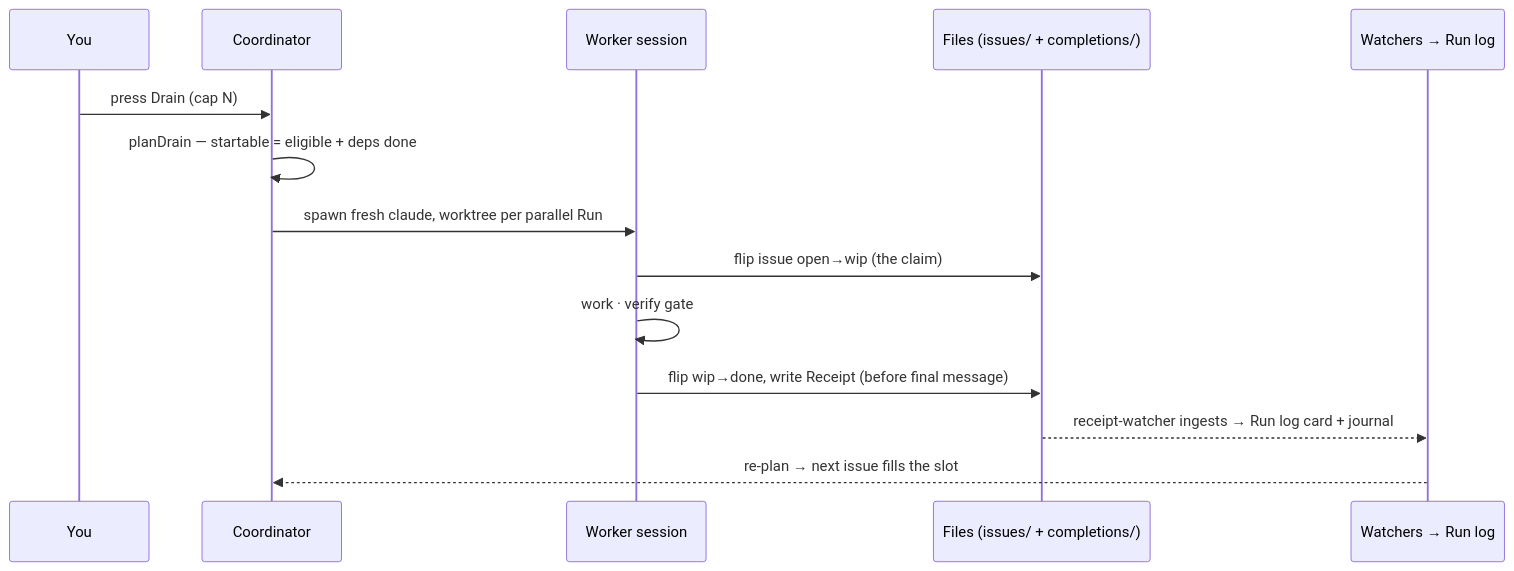
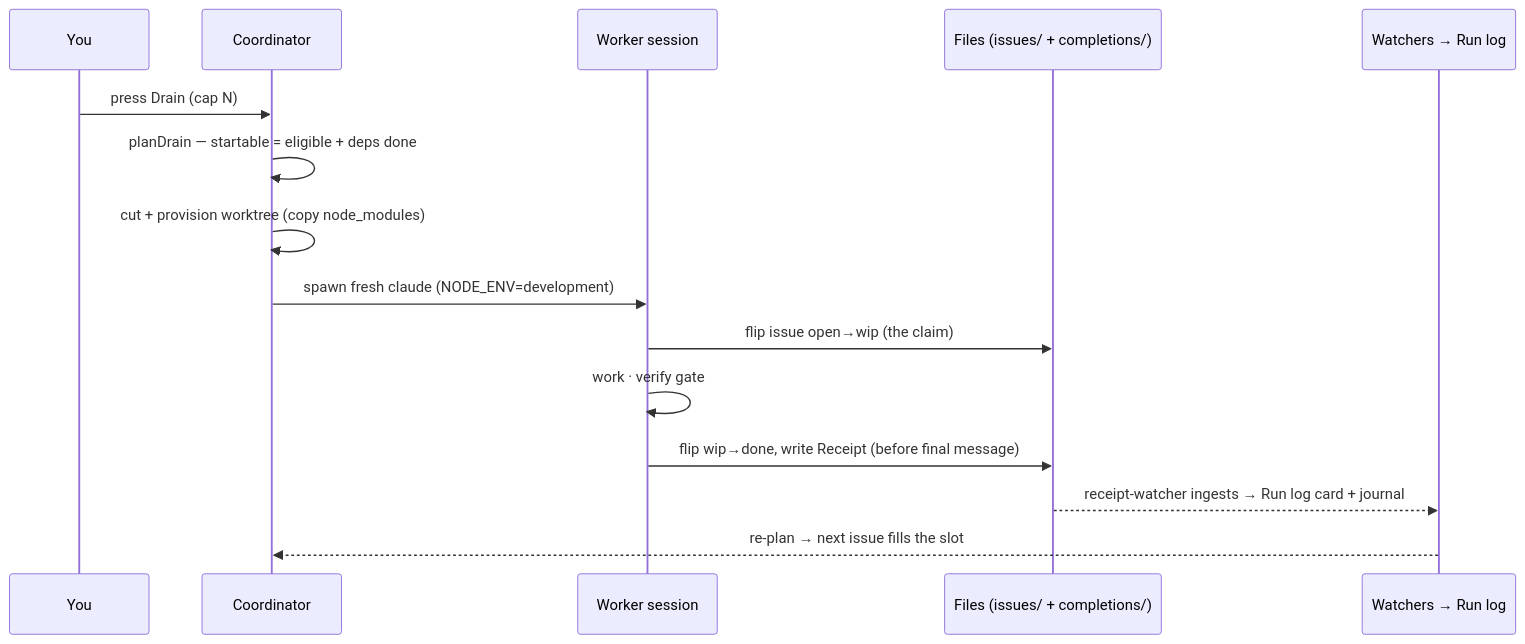
One commit to diegodjty/mission-control changed the second of 4 diagrams in docs/ARCHITECTURE.md. Above: the diagram before and after it, drawn with Mermaid. The commit also changed 7 other files, not shown here.

Commit message:
afk: complete issue 136 — worktree-provisioning-node-modules-and-env

````diff
--- a/docs/ARCHITECTURE.md
+++ b/docs/ARCHITECTURE.md
@@ -47,16 +47,17 @@
 ```mermaid
 sequenceDiagram
   participant U as You
   participant C as Coordinator
   participant W as Worker session
   participant F as Files (issues/ + completions/)
   participant MC as Watchers → Run log
   U->>C: press Drain (cap N)
   C->>C: planDrain — startable = eligible + deps done
-  C->>W: spawn fresh claude, worktree per parallel Run
+  C->>C: cut + provision worktree (copy node_modules)
+  C->>W: spawn fresh claude (NODE_ENV=development)
   W->>F: flip issue open→wip (the claim)
   W->>W: work · verify gate
   W->>F: flip wip→done, write Receipt (before final message)
   F-->>MC: receipt-watcher ingests → Run log card + journal
   MC-->>C: re-plan → next issue fills the slot
 ```
````
